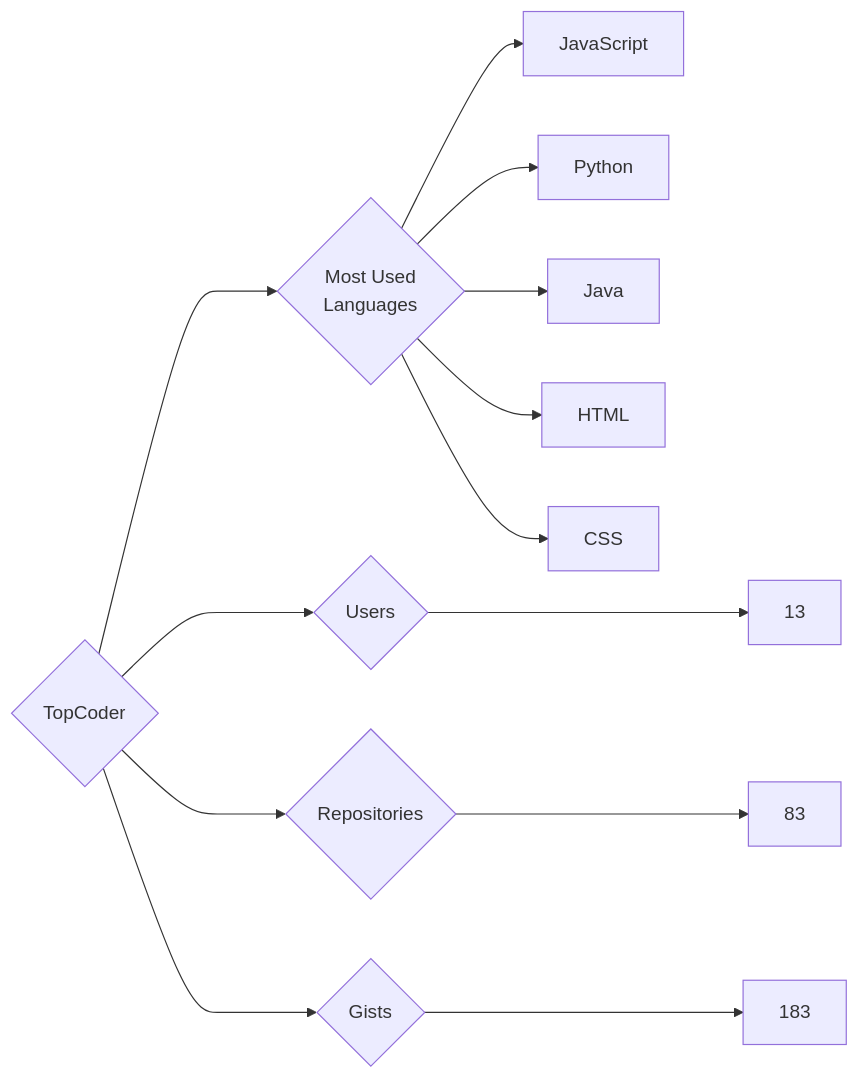
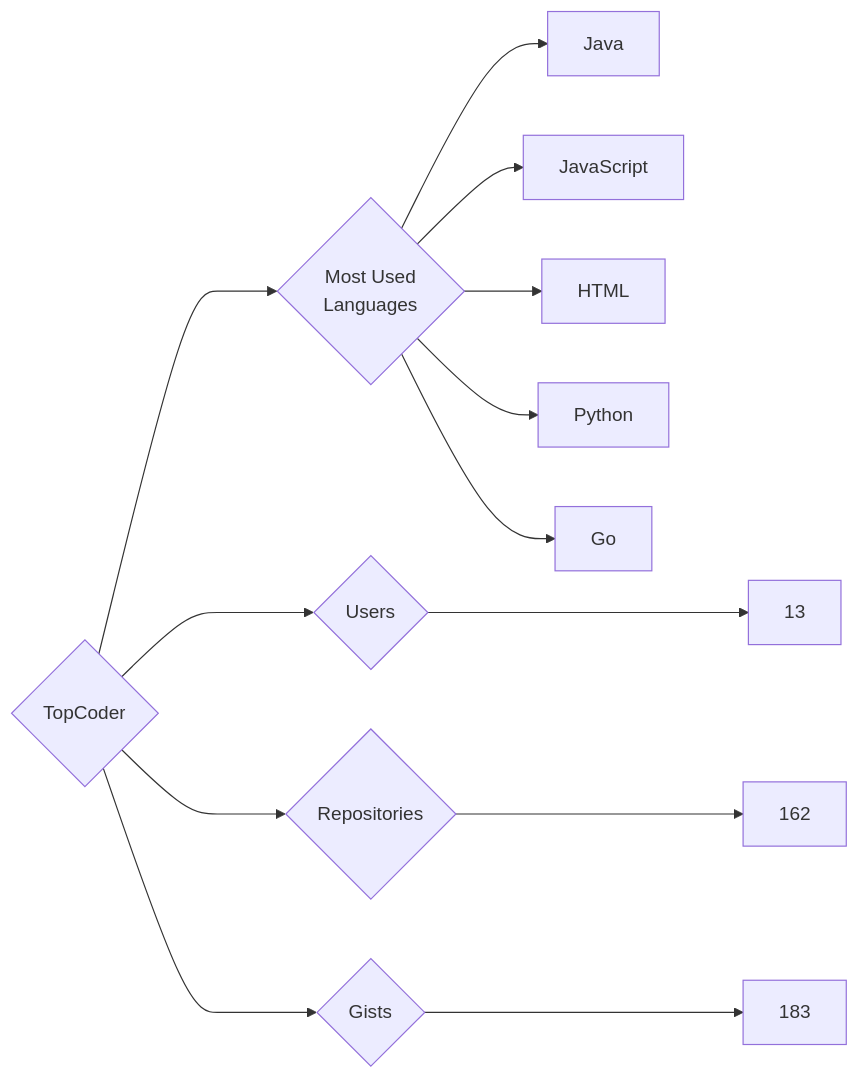
Before and after one commit to trickest/insiders: the diagram in targets/TopCoder/README.md, drawn with Mermaid. The commit also changed 770 other files, not shown here.

````diff
--- a/targets/TopCoder/README.md
+++ b/targets/TopCoder/README.md
@@ -3,13 +3,13 @@
 ```mermaid
 graph LR
 COMPANY_NAME{TopCoder}
 COMPANY_NAME ---> U{Users} ---> UN[13]
-COMPANY_NAME ---> R{Repositories} ---> RN[83]
+COMPANY_NAME ---> R{Repositories} ---> RN[162]
 COMPANY_NAME ---> G{Gists} ---> GN[183]
 COMPANY_NAME ---> ML{Most Used<br>Languages}
+ML --> Java[Java]
 ML --> JavaScript[JavaScript]
+ML --> HTML[HTML]
 ML --> Python[Python]
-ML --> Java[Java]
-ML --> HTML[HTML]
-ML --> CSS[CSS]
+ML --> Go[Go]
 ```
````
